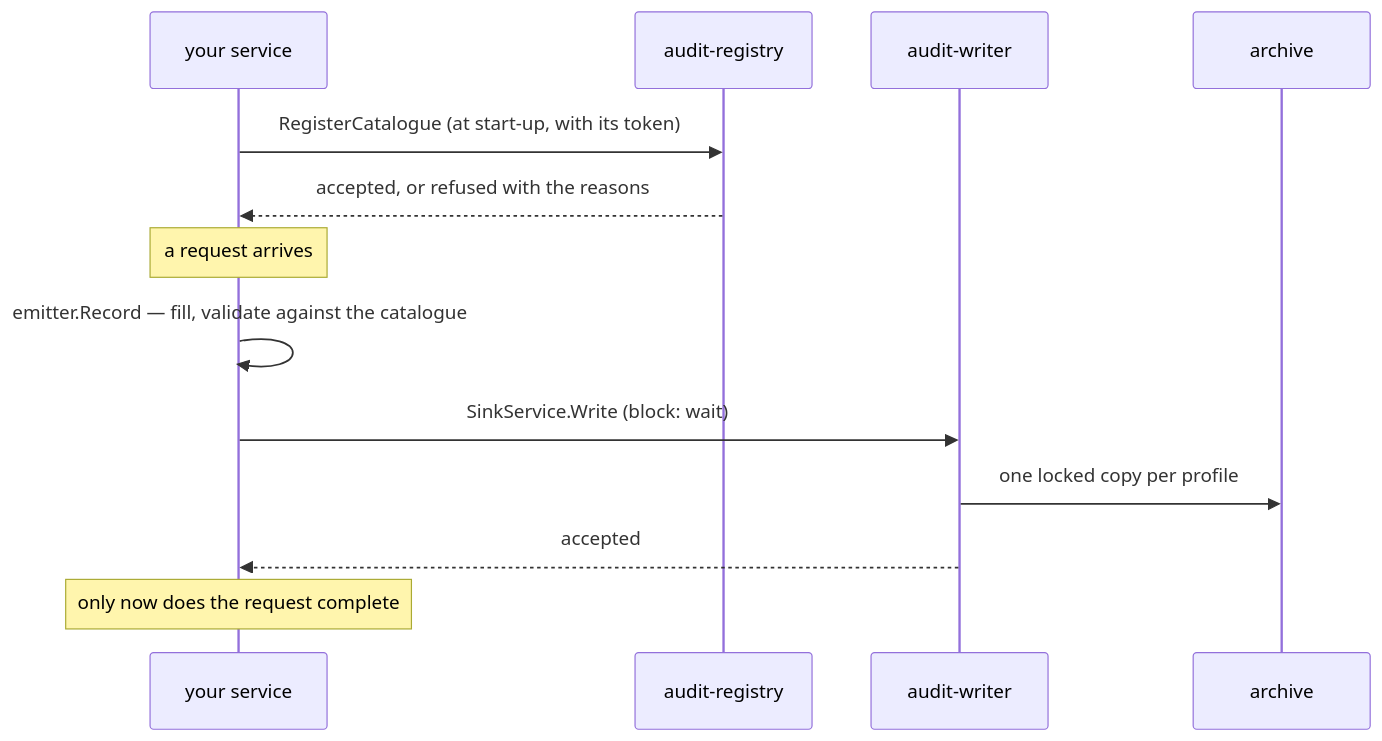
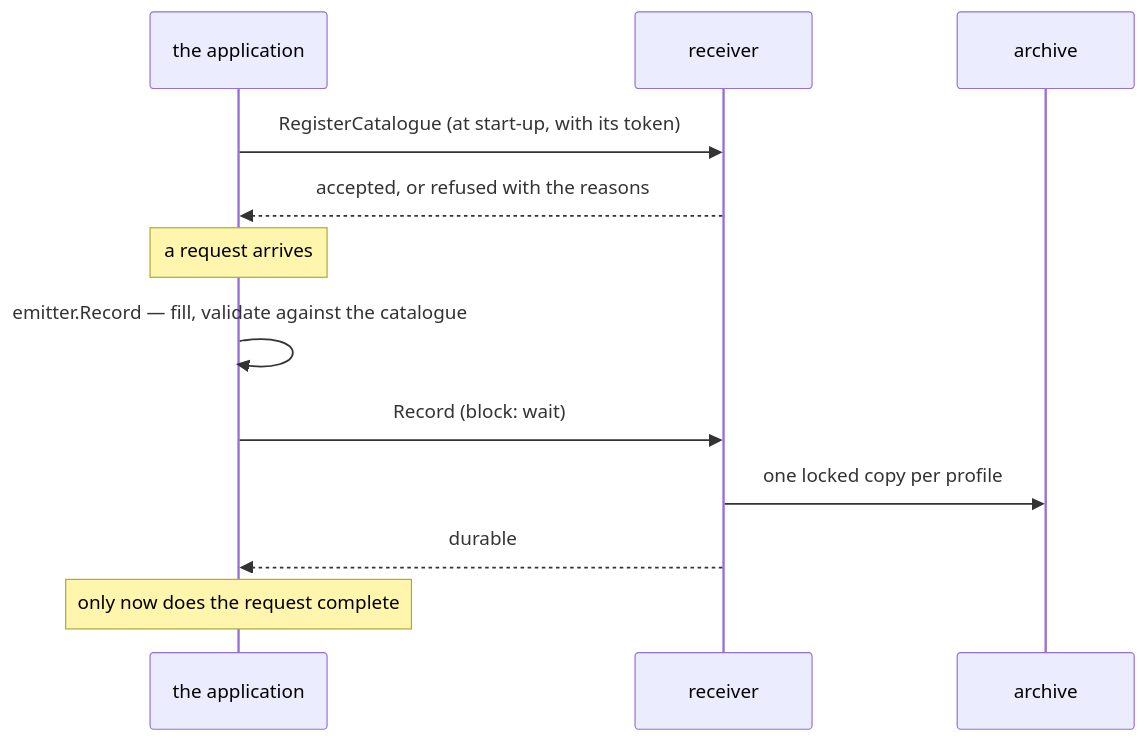
One commit to truvity/audit changed the diagram in docs/guides/emit.md. Above: the diagram before and after it, drawn with Mermaid. The commit also changed other lines of this file and 56 other files, not shown here.

First line of the commit message:
docs: the architecture, rewritten around one installation per application

````diff
--- a/docs/guides/emit.md
+++ b/docs/guides/emit.md
@@ -7,15 +13,14 @@
 ```mermaid
 sequenceDiagram
-  participant App as your service
-  participant Reg as audit-registry
-  participant W as audit-writer
+  participant App as the application
+  participant R as receiver
   participant S3 as archive
-  App->>Reg: RegisterCatalogue (at start-up, with its token)
-  Reg-->>App: accepted, or refused with the reasons
+  App->>R: RegisterCatalogue (at start-up, with its token)
+  R-->>App: accepted, or refused with the reasons
   Note over App: a request arrives
   App->>App: emitter.Record — fill, validate against the catalogue
-  App->>W: SinkService.Write (block: wait)
-  W->>S3: one locked copy per profile
-  W-->>App: accepted
+  App->>R: Record (block: wait)
+  R->>S3: one locked copy per profile
+  R-->>App: durable
   Note over App: only now does the request complete
 ```
````
